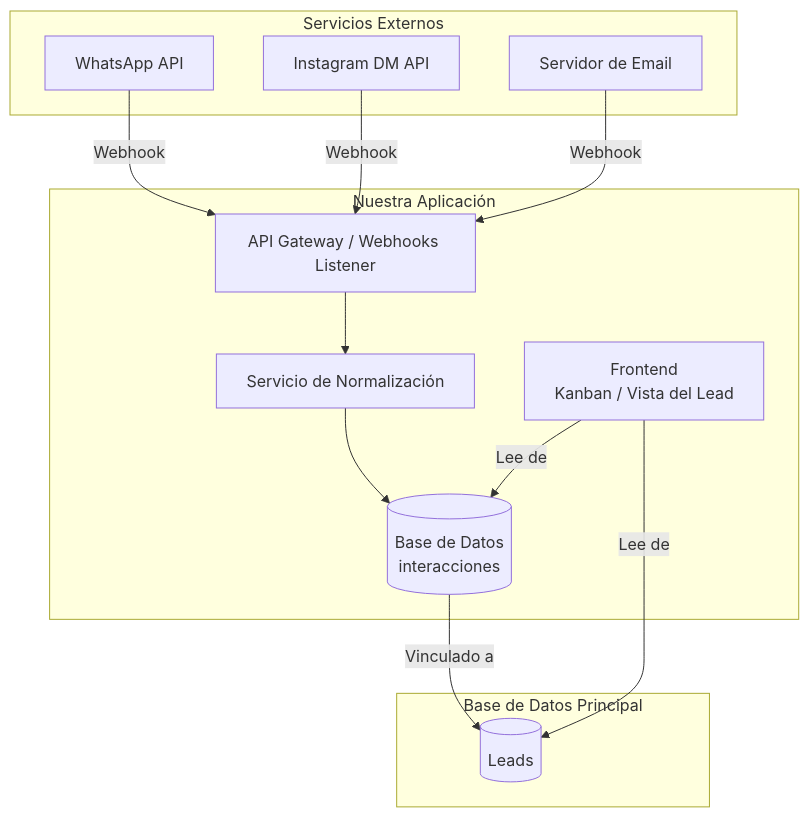
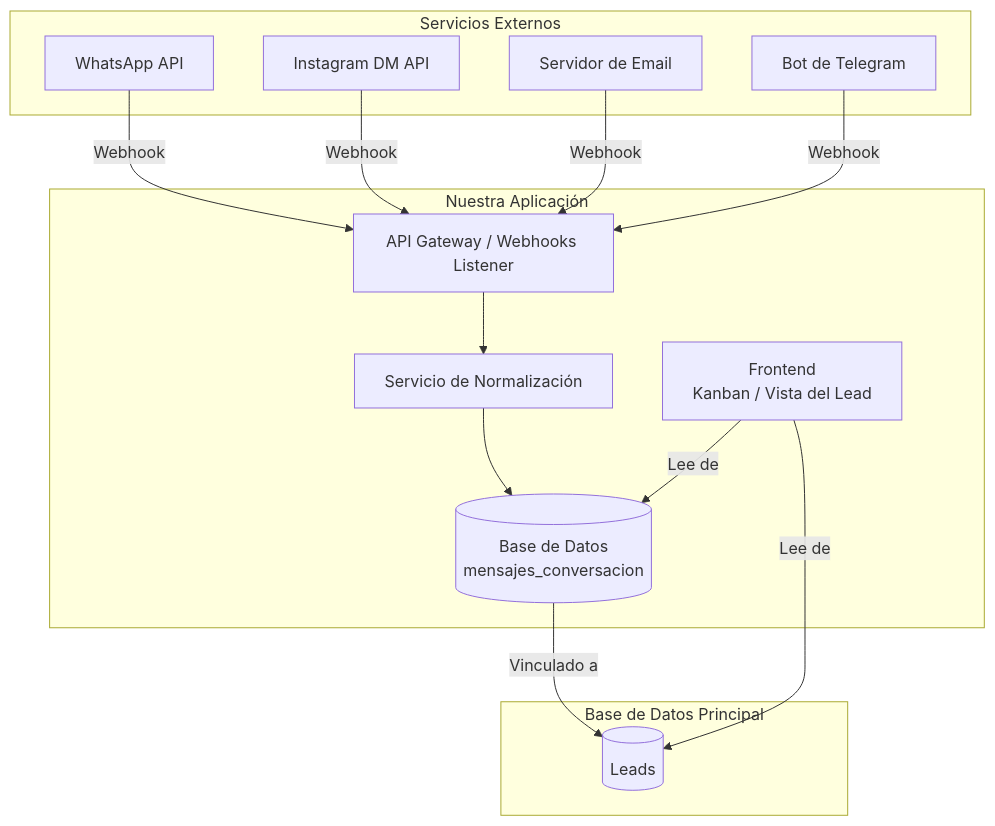
The first of 2 diagrams in PLAN-INTEGRACIONES-MENSAJERIA.md (EmmanuelGava/SincroGoo), drawn with Mermaid before and after one commit. The commit also changed other lines of this file and 24 other files, not shown here.

````diff
--- a/PLAN-INTEGRACIONES-MENSAJERIA.md
+++ b/PLAN-INTEGRACIONES-MENSAJERIA.md
@@ -11,28 +11,30 @@
 ```mermaid
 graph TD
     subgraph Servicios Externos
         WA[WhatsApp API]
         IG[Instagram DM API]
         EM[Servidor de Email]
+        TG[Bot de Telegram]
     end
 
     subgraph Nuestra Aplicación
         API[API Gateway / Webhooks Listener]
         NORM[Servicio de Normalización]
-        DB[(Base de Datos<br>interacciones)]
+        DB[(Base de Datos<br>mensajes_conversacion)]
         FRONT[Frontend<br>Kanban / Vista del Lead]
     end
 
     subgraph Base de Datos Principal
         LEADS[(Leads)]
     end
 
     WA -- Webhook --> API
     IG -- Webhook --> API
     EM -- Webhook --> API
+    TG -- Webhook --> API
     API --> NORM
     NORM --> DB
     DB -- Vinculado a --> LEADS
     FRONT -- Lee de --> DB
     FRONT -- Lee de --> LEADS
 ```
````
